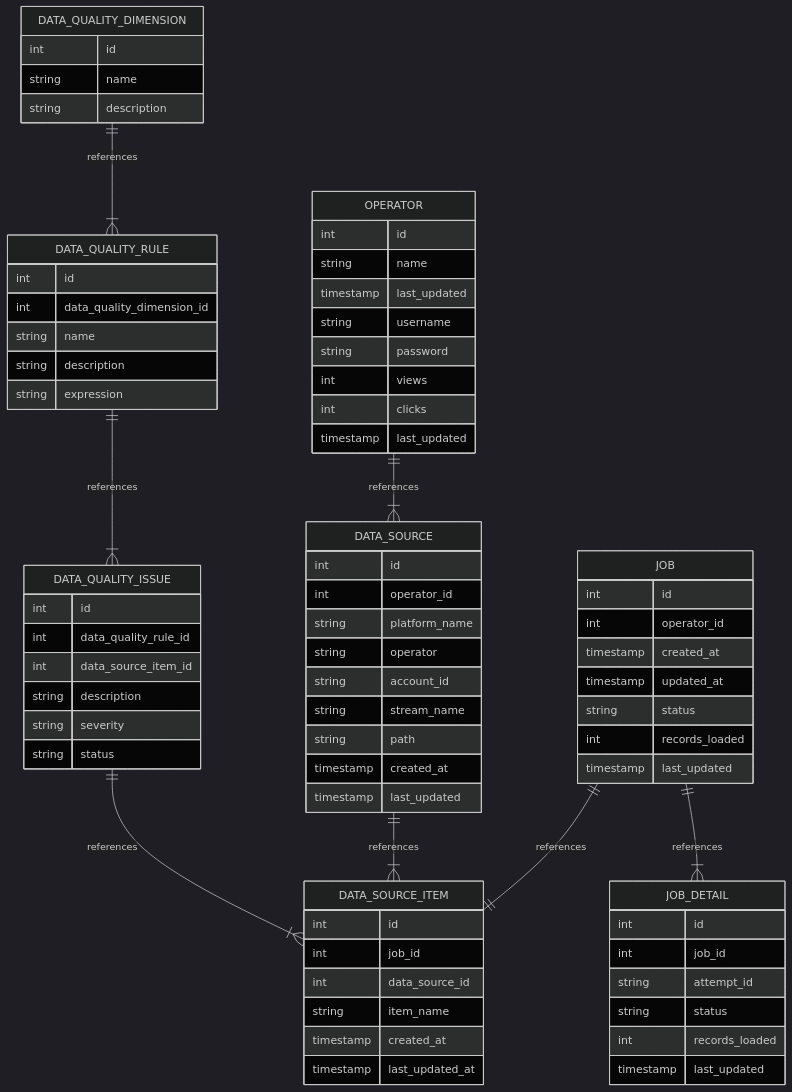
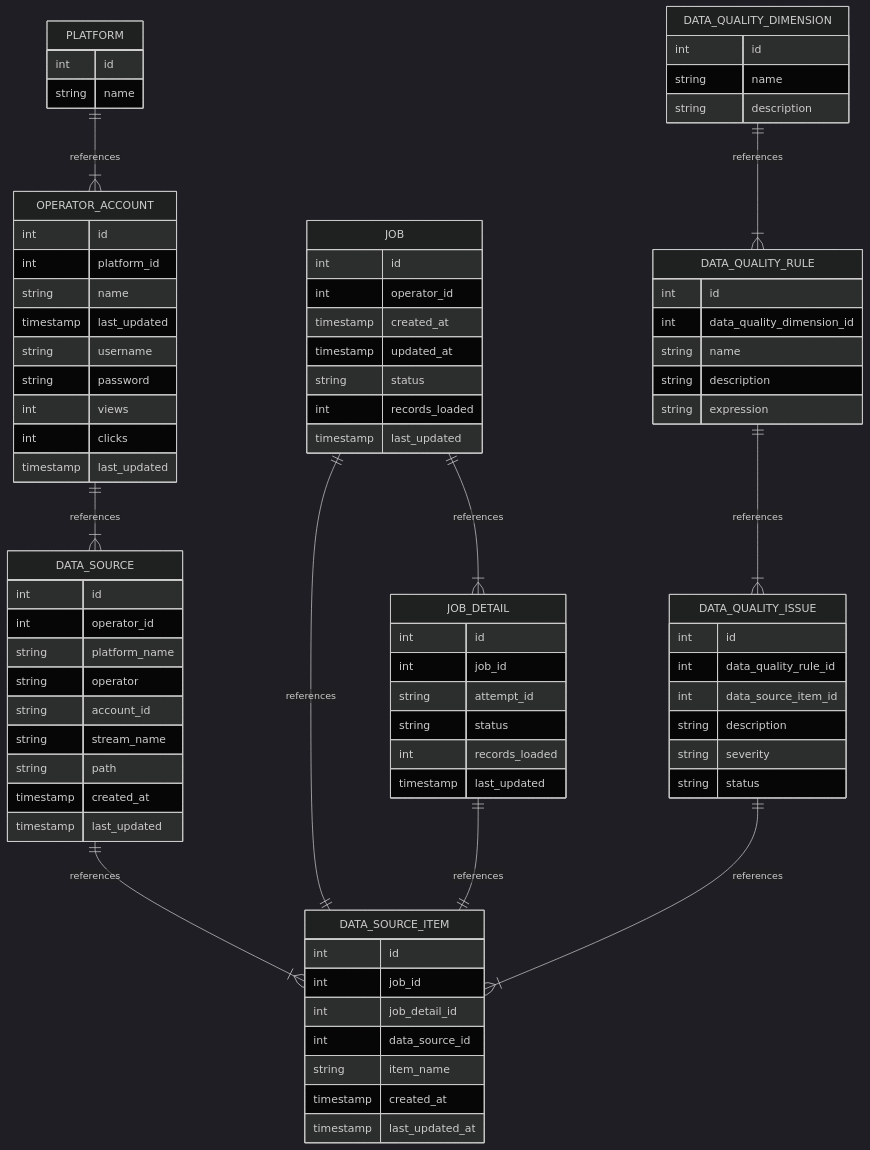
Before and after one commit to peddadap/design_templates: diagram 11 of 13 in README.md, drawn with Mermaid (dark theme). The commit also changed other lines of this file and 1 other file, not shown here.

Commit message:
dq model update

````diff
--- a/README.md
+++ b/README.md
@@ -409,6 +411,7 @@
     DATA_SOURCE_ITEM {
         int id
         int job_id
+        int job_detail_id
         int data_source_id
         string item_name
         timestamp created_at
@@ -436,9 +439,14 @@
         string severity
         string status
     }
-   
-    OPERATOR{
+    PLATFORM{
         int id
+        string name
+
+    }
+    OPERATOR_ACCOUNT{
+        int id
+        int platform_id
         string name
         timestamp last_updated
         string username
@@ -472,9 +480,10 @@
     DATA_QUALITY_RULE||--|{DATA_QUALITY_ISSUE:"references"
     DATA_QUALITY_DIMENSION||--|{DATA_QUALITY_RULE:"references"
     JOB||--||DATA_SOURCE_ITEM:"references"
+    JOB_DETAIL||--||DATA_SOURCE_ITEM:"references"
     JOB||--|{JOB_DETAIL:"references"
     DATA_QUALITY_ISSUE||--|{DATA_SOURCE_ITEM:"references"
-    OPERATOR||--|{DATA_SOURCE:"references"
-
+    OPERATOR_ACCOUNT||--|{DATA_SOURCE:"references"
+    PLATFORM||--|{OPERATOR_ACCOUNT:"references"
 
 ```
````
